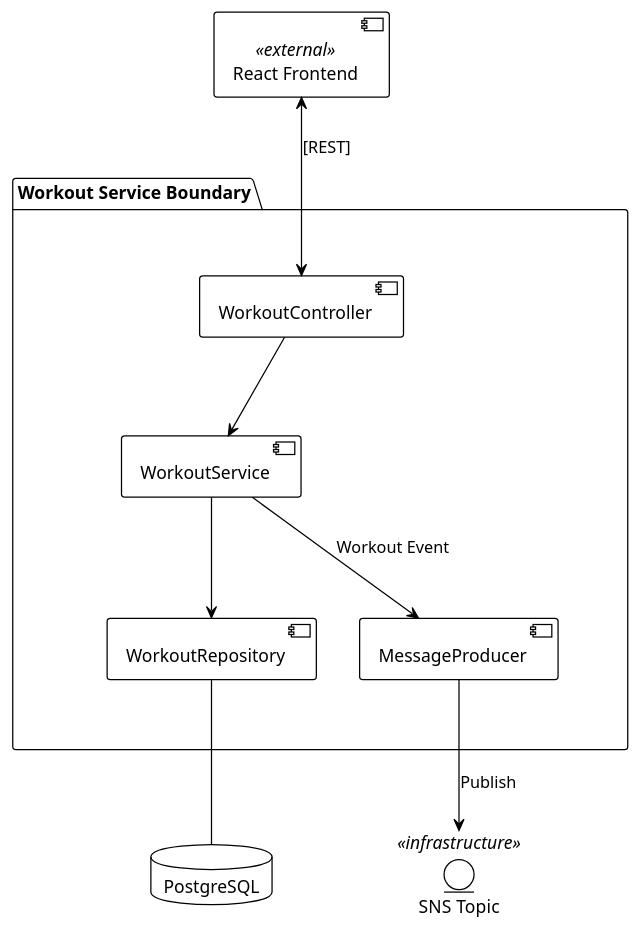
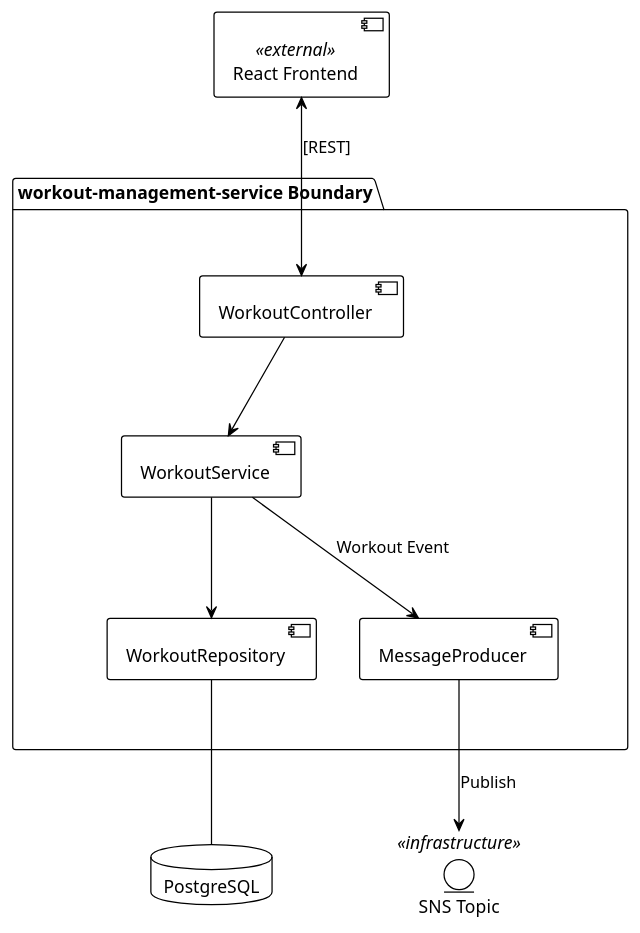
One commit to apratt3377/fitness-tracker changed the diagram in arc42/images/wms-whitebox.puml. Above: the diagram before and after it, drawn with PlantUML. The commit also changed 44 other files, not shown here.

```diff
--- a/arc42/images/wms-whitebox.puml
+++ b/arc42/images/wms-whitebox.puml
@@ -1,47 +1,47 @@
 @startuml
 !theme plain
 
 ' Layout styling to hide grouping lines
 skinparam package<<layout>> {
     BorderColor transparent
     BackgroundColor transparent
     FontColor transparent
     FontSize 0
 }
 
 ' --- EXTERNAL TOP ---
 component "React Frontend" as client <<external>>
 
-package "Workout Service Boundary" {
+package "workout-management-service Boundary" {
     
     package "TopRow" <<layout>> {
         component [WorkoutController] as rest
     }
     
     component [WorkoutService] as service
     
     package "BottomRow" <<layout>> {
         component [WorkoutRepository] as repo
         component [MessageProducer] as producer
     }
 }
 
 ' --- EXTERNAL BOTTOM ---
 database "PostgreSQL" as db
 entity "SNS Topic" as sns <<infrastructure>>
 
 ' --- FLOWS ---
 client <--> rest : [REST]
 rest --> service
 
 service --> repo
 repo -- db
 
 ' Outbound to SNS
 service --> producer : "Workout Event"
 producer --> sns : "Publish"
 
 ' Layout Hints
 TopRow -[hidden]down-> service
 service -[hidden]down-> BottomRow
 @enduml
```
